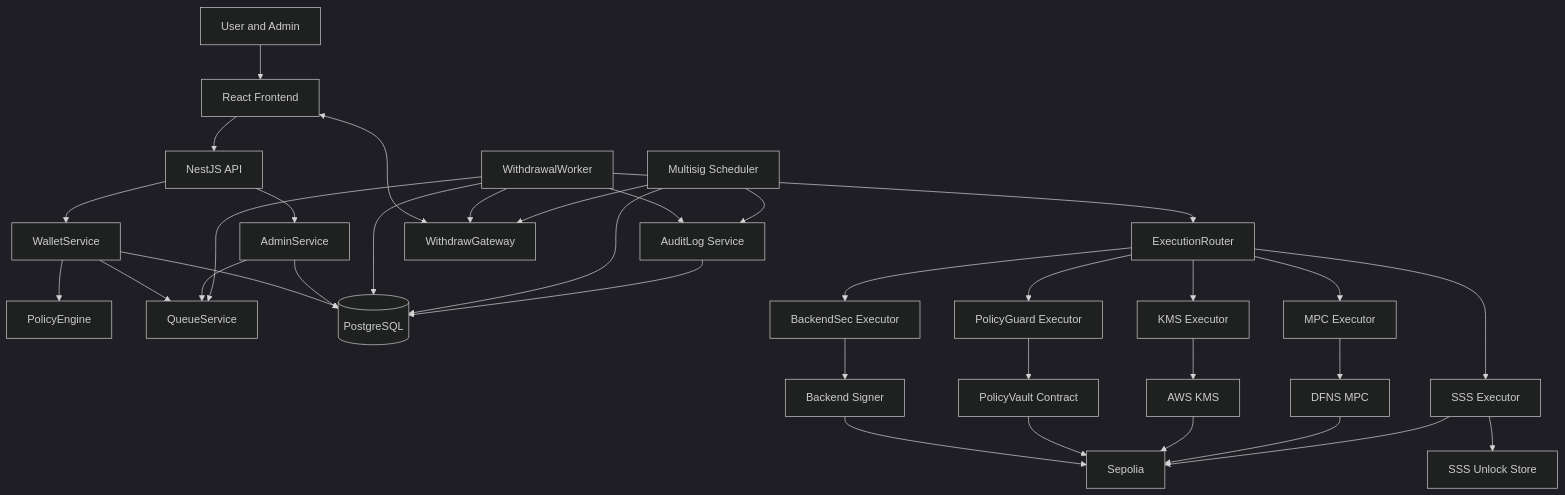
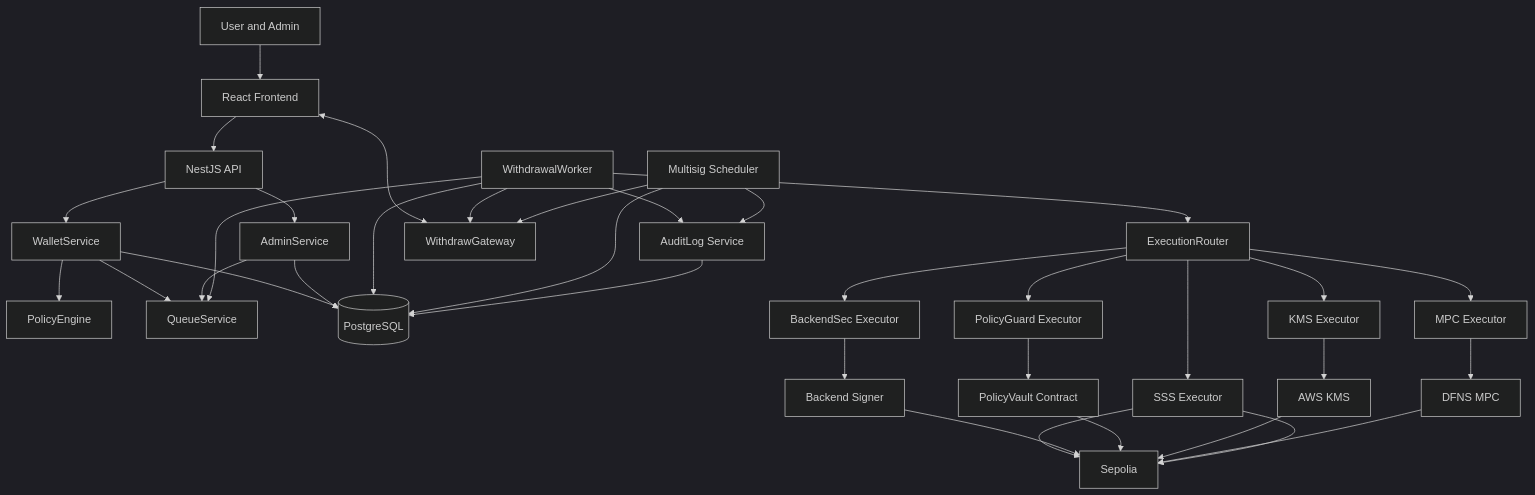
One commit to Cho-Seolmin/custody-security-wallet-demo changed the first of 3 diagrams in apps/api/README.md. Above: the diagram before and after it, drawn with Mermaid (dark theme). The commit also changed other lines of this file and 43 other files, not shown here.

````diff
--- a/apps/api/README.md
+++ b/apps/api/README.md
@@ -30,80 +30,80 @@
 ```mermaid
 flowchart TD
     USER[User and Admin]
     WEB[React Frontend]
     API[NestJS API]
 
     WALLET[WalletService]
     ADMIN[AdminService]
 
     POLICY[PolicyEngine]
     QUEUE[QueueService]
 
     WORKER[WithdrawalWorker]
     ROUTER[ExecutionRouter]
 
     AUDIT[AuditLog Service]
     WS[WithdrawGateway]
 
     SCHEDULER[Multisig Scheduler]
 
     DB[(PostgreSQL)]
 
     BACKEND[BackendSec Executor]
     POLICYEX[PolicyGuard Executor]
     KMS[KMS Executor]
     MPC[MPC Executor]
     SSS[SSS Executor]
 
     SIGNER[Backend Signer]
     VAULT[PolicyVault Contract]
     AWS[AWS KMS]
     DFNS[DFNS MPC]
-    MEMORY[SSS Unlock Store]
 
     SEPOLIA[Sepolia]
 
     USER --> WEB
     WEB --> API
     WEB <--> WS
 
     API --> WALLET
     API --> ADMIN
 
     WALLET --> POLICY
     WALLET --> QUEUE
     WALLET --> DB
 
     ADMIN --> QUEUE
     ADMIN --> DB
 
     WORKER --> QUEUE
     WORKER --> ROUTER
     WORKER --> AUDIT
     WORKER --> WS
     WORKER --> DB
 
     SCHEDULER --> DB
     SCHEDULER --> AUDIT
     SCHEDULER --> WS
 
     ROUTER --> BACKEND
     ROUTER --> POLICYEX
     ROUTER --> KMS
     ROUTER --> MPC
     ROUTER --> SSS
 
     BACKEND --> SIGNER
     POLICYEX --> VAULT
     KMS --> AWS
     MPC --> DFNS
-    SSS --> MEMORY
+    SSS --> SEPOLIA
+   
 
     SIGNER --> SEPOLIA
     VAULT --> SEPOLIA
     AWS --> SEPOLIA
     DFNS --> SEPOLIA
     SSS --> SEPOLIA
 
     AUDIT --> DB
 ```
````
